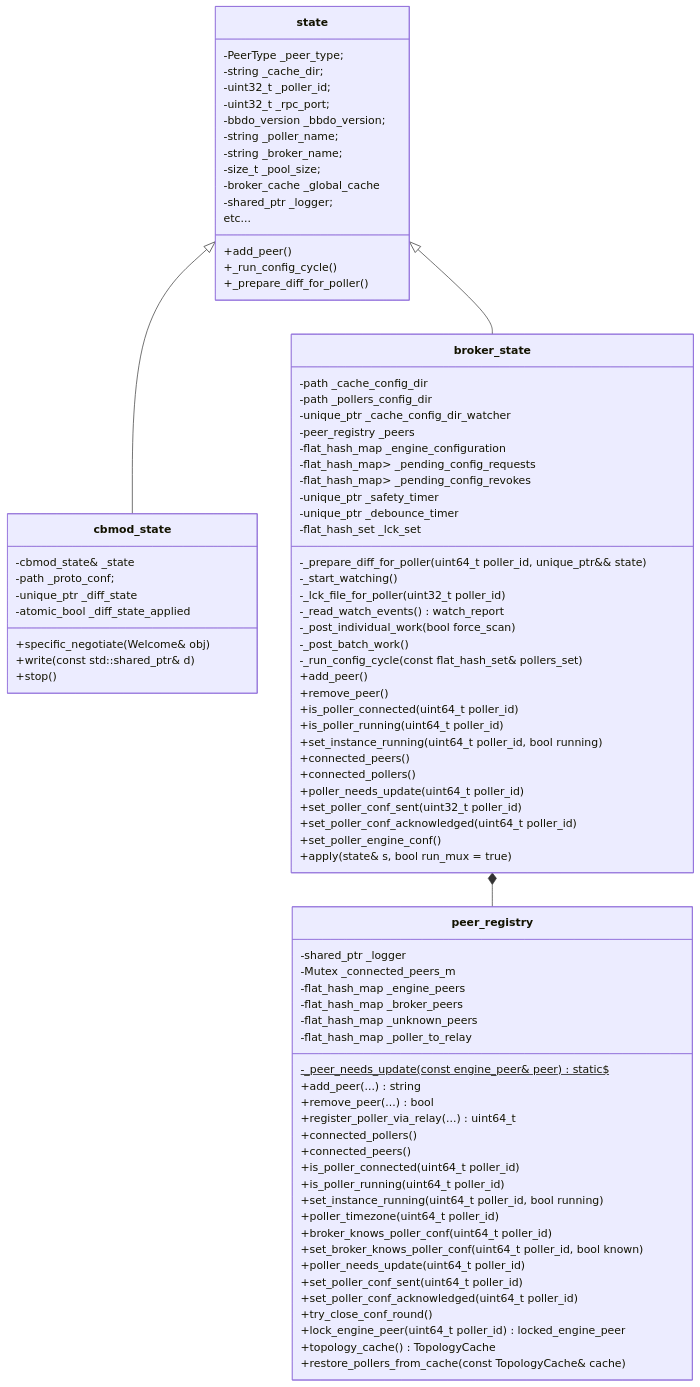
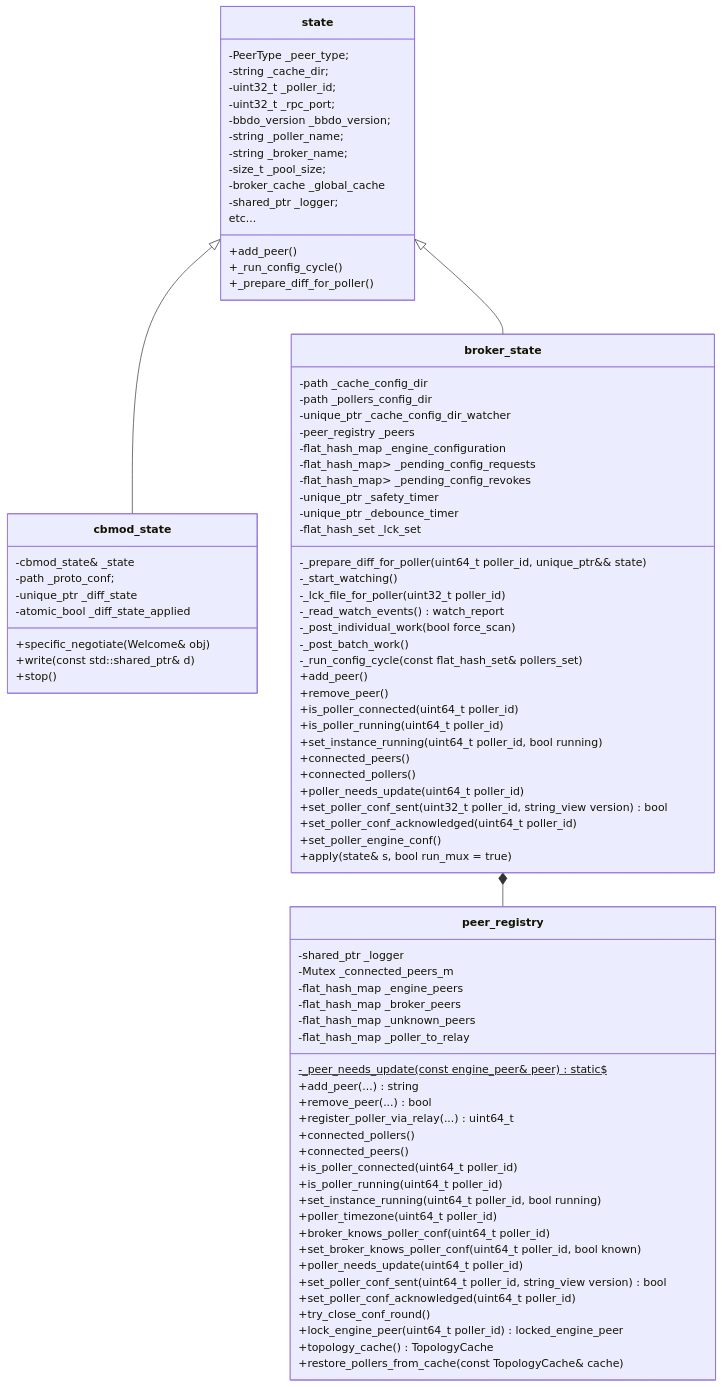
Diagram 19 of 50 in doc/nego-engine-broker-en.md (centreon/centreon-collect), drawn with Mermaid before and after one commit. The commit also changed 1 other file, not shown here.

Commit message:
chore(doc): nego-engine-broker updated

```diff
--- a/doc/nego-engine-broker-en.md
+++ b/doc/nego-engine-broker-en.md
@@ -2051,7 +2051,7 @@
         +broker_knows_poller_conf(uint64_t poller_id)
         +set_broker_knows_poller_conf(uint64_t poller_id, bool known)
         +poller_needs_update(uint64_t poller_id)
-        +set_poller_conf_sent(uint64_t poller_id)
+        +set_poller_conf_sent(uint64_t poller_id, string_view version) bool
         +set_poller_conf_acknowledged(uint64_t poller_id)
         +try_close_conf_round()
         +lock_engine_peer(uint64_t poller_id) locked_engine_peer
@@ -2084,7 +2084,7 @@
         +connected_peers()
         +connected_pollers()
         +poller_needs_update(uint64_t poller_id)
-        +set_poller_conf_sent(uint32_t poller_id)
+        +set_poller_conf_sent(uint32_t poller_id, string_view version) bool
         +set_poller_conf_acknowledged(uint64_t poller_id)
         +set_poller_engine_conf()
         +apply(state& s, bool run_mux = true)
```
